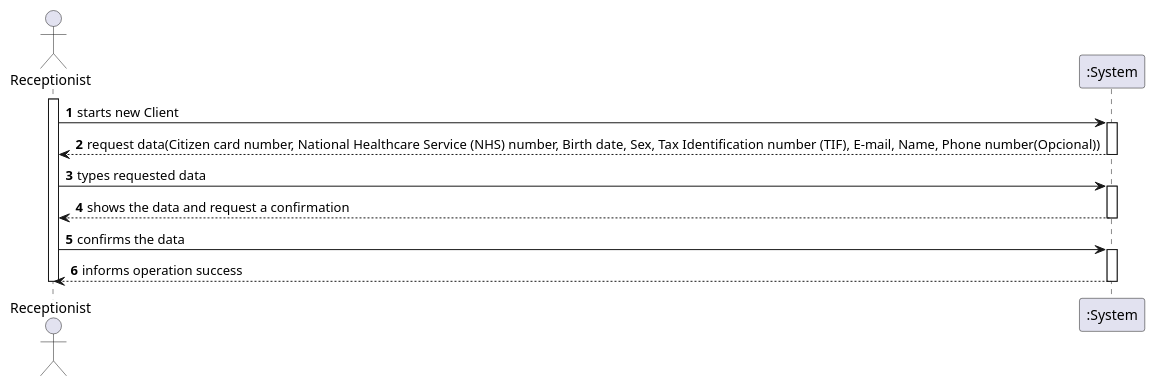
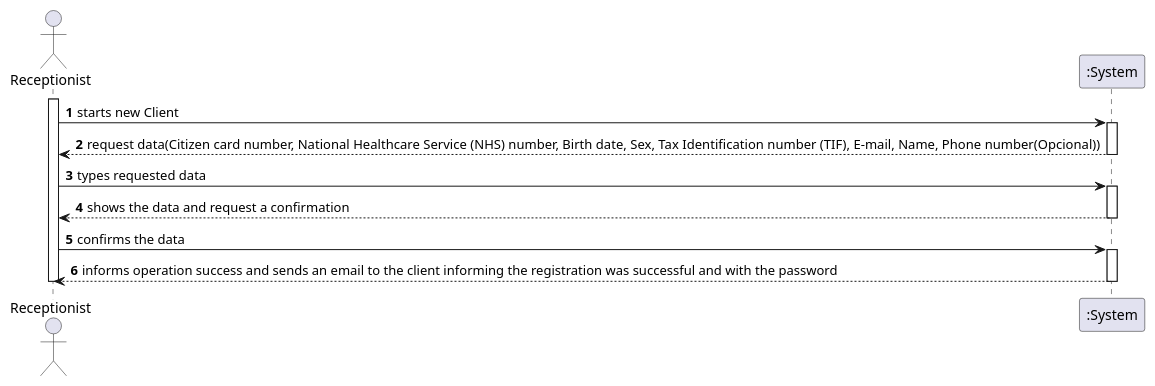
Before and after one commit to Pedromaia26/LAPR2-ISEP: the diagram in docs/SprintB/US3_RegisterClient/US003_SSD.puml, drawn with PlantUML.

Commit message:
US003_SSD.puml edited online with Bitbucket

```diff
--- a/docs/SprintB/US3_RegisterClient/US003_SSD.puml
+++ b/docs/SprintB/US3_RegisterClient/US003_SSD.puml
@@ -1,20 +1,20 @@
 @startuml
 actor Receptionist as Adm
 participant ":System" as System
 
 autonumber
 activate Adm
 Adm -> System: starts new Client
 activate System
 System --> Adm: request data(Citizen card number, National Healthcare Service (NHS) number, Birth date, Sex, Tax Identification number (TIF), E-mail, Name, Phone number(Opcional))
 deactivate System
 Adm -> System: types requested data
 activate System
 System --> Adm: shows the data and request a confirmation
 deactivate System
 Adm -> System: confirms the data
 activate System
-System --> Adm: informs operation success
+System --> Adm: informs operation success and sends an email to the client informing the registration was successful and with the password 
 deactivate System
 deactivate Adm
 @enduml
```
